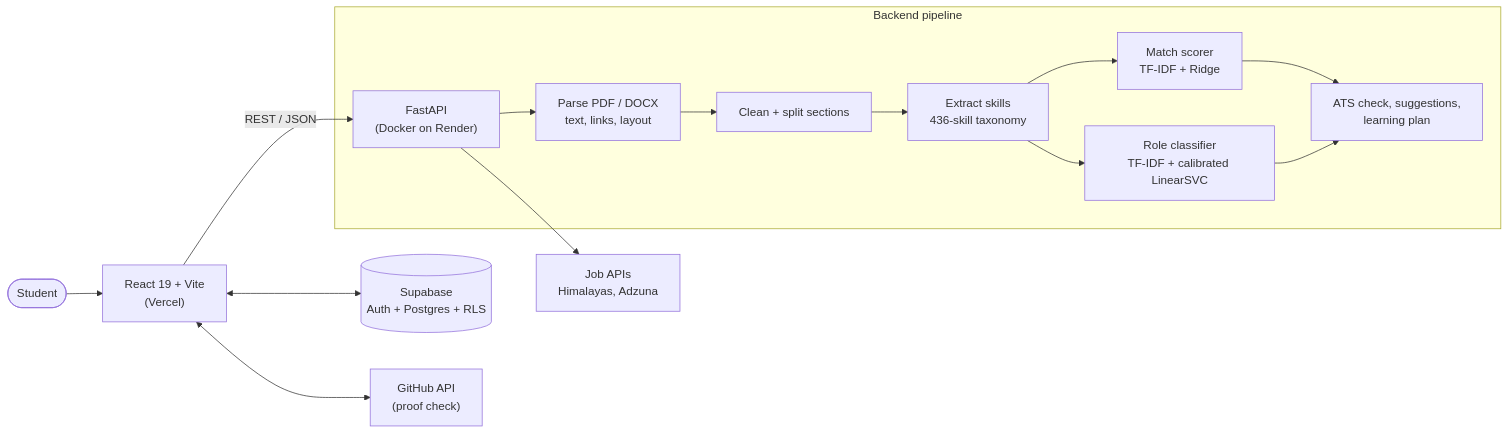
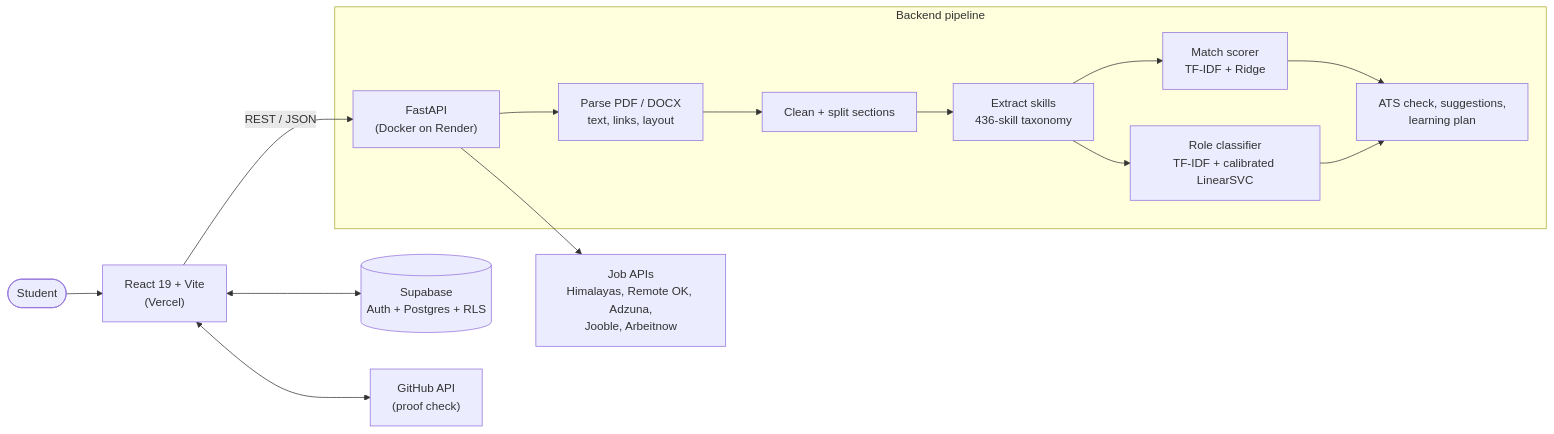
Before and after one commit to Vardhansaigadde/AI-RESUME-ANALYZER: the diagram in README.md, drawn with Mermaid. The commit also changed other lines of this file and 6 other files, not shown here.

First line of the commit message:
feat: more job sources from public-apis (Remote OK, Jooble, Arbeitnow)

````diff
--- a/README.md
+++ b/README.md
@@ -76,17 +76,17 @@
 ```mermaid
 flowchart LR
     U([Student]) --> FE["React 19 + Vite<br/>(Vercel)"]
     FE -- "REST / JSON" --> API["FastAPI<br/>(Docker on Render)"]
     FE <--> SB[("Supabase<br/>Auth + Postgres + RLS")]
     FE <--> GH["GitHub API<br/>(proof check)"]
     subgraph Backend pipeline
       API --> P["Parse PDF / DOCX<br/>text, links, layout"]
       P --> C[Clean + split sections]
       C --> S["Extract skills<br/>436-skill taxonomy"]
       S --> M["Match scorer<br/>TF-IDF + Ridge"]
       S --> R["Role classifier<br/>TF-IDF + calibrated LinearSVC"]
       M --> A["ATS check, suggestions,<br/>learning plan"]
       R --> A
     end
-    API --> J["Job APIs<br/>Himalayas, Adzuna"]
+    API --> J["Job APIs<br/>Himalayas, Remote OK, Adzuna,<br/>Jooble, Arbeitnow"]
 ```
````
